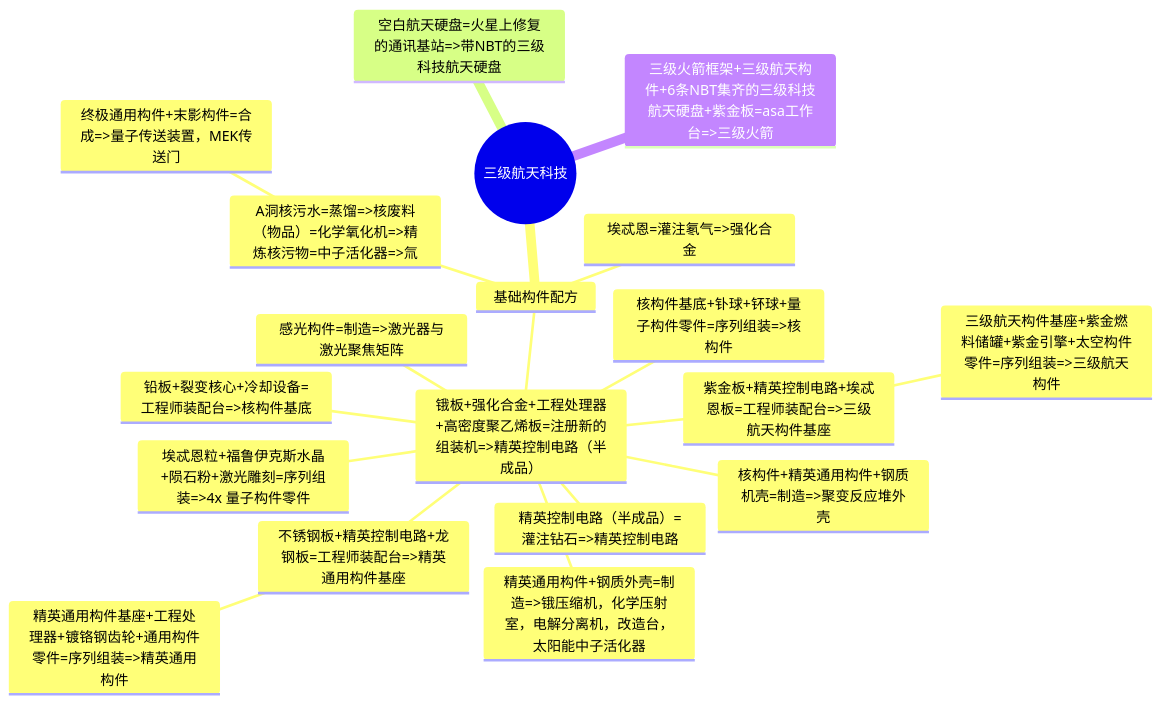
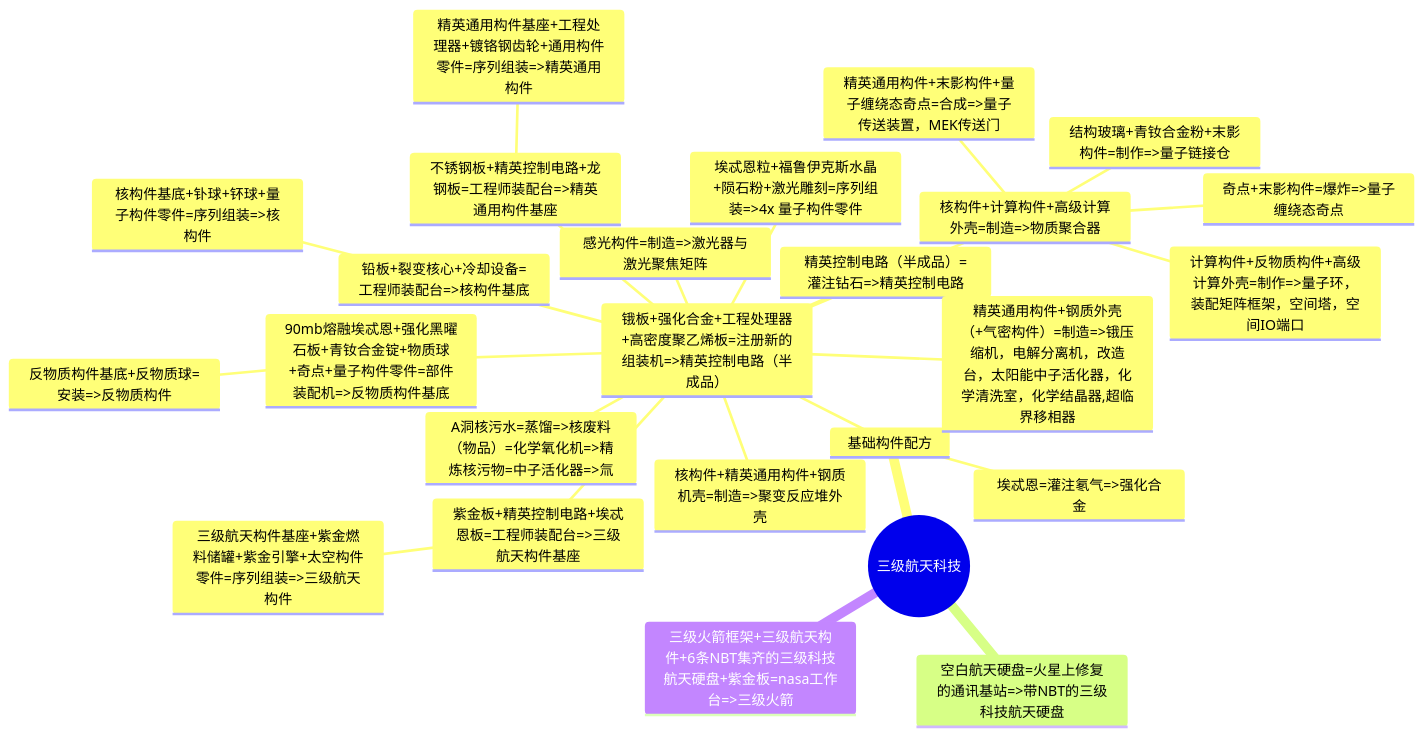
Before and after one commit to VechniMetel/CodeNameCIM2: the third of 3 diagrams in Developer/TechTreeMap.md, drawn with Mermaid. The commit also changed other lines of this file and 2 other files, not shown here.

Commit message:
一点调整

````diff
--- a/Developer/TechTreeMap.md
+++ b/Developer/TechTreeMap.md
@@ -82,22 +82,28 @@
 ``` mermaid
 mindmap
     root((三级航天科技))
         基础构件配方
             埃忒恩=灌注氡气=>强化合金
-            锇板+强化合金+工程处理器+高密度聚乙烯板=注册新的组装机=>精英控制电路（半成品）
+           锇板+强化合金+工程处理器+高密度聚乙烯板=注册新的组装机=>精英控制电路（半成品）
                 精英控制电路（半成品）=灌注钻石=>精英控制电路
                 紫金板+精英控制电路+埃忒恩板=工程师装配台=>三级航天构件基座
                     三级航天构件基座+紫金燃料储罐+紫金引擎+太空构件零件=序列组装=>三级航天构件
                 不锈钢板+精英控制电路+龙钢板=工程师装配台=>精英通用构件基座
                     精英通用构件基座+工程处理器+镀铬钢齿轮+通用构件零件=序列组装=>精英通用构件
                 埃忒恩粒+福鲁伊克斯水晶+陨石粉+激光雕刻=序列组装=>4x 量子构件零件
                 铅板+裂变核心+冷却设备=工程师装配台=>核构件基底
-                核构件基底+钋球+钚球+量子构件零件=序列组装=>核构件
+                    核构件基底+钋球+钚球+量子构件零件=序列组装=>核构件
+                90mb熔融埃忒恩+强化黑曜石板+青钕合金锭+物质球+奇点+量子构件零件=部件装配机=>反物质构件基底
+                    反物质构件基底+反物质球=安装=>反物质构件
                 核构件+精英通用构件+钢质机壳=制造=>聚变反应堆外壳
                 感光构件=制造=>激光器与激光聚焦矩阵
-                精英通用构件+钢质外壳=制造=>锇压缩机，化学压射室，电解分离机，改造台，太阳能中子活化器
+                精英通用构件+钢质外壳（+气密构件）=制造=>锇压缩机，电解分离机，改造台，太阳能中子活化器，化学清洗室，化学结晶器,超临界移相器
             A洞核污水=蒸馏=>核废料（物品）=化学氧化机=>精炼核污物=中子活化器=>氚
-                终极通用构件+末影构件=合成=>量子传送装置，MEK传送门
+            核构件+计算构件+高级计算外壳=制造=>物质聚合器
+                奇点+末影构件=爆炸=>量子缠绕态奇点
+                精英通用构件+末影构件+量子缠绕态奇点=合成=>量子传送装置，MEK传送门
+                计算构件+反物质构件+高级计算外壳=制作=>量子环，装配矩阵框架，空间塔，空间IO端口
+                结构玻璃+青钕合金粉+末影构件=制作=>量子链接仓
         空白航天硬盘=火星上修复的通讯基站=>带NBT的三级科技航天硬盘
-        三级火箭框架+三级航天构件+6条NBT集齐的三级科技航天硬盘+紫金板=asa工作台=>三级火箭
+        三级火箭框架+三级航天构件+6条NBT集齐的三级科技航天硬盘+紫金板=nasa工作台=>三级火箭
 ```
````
